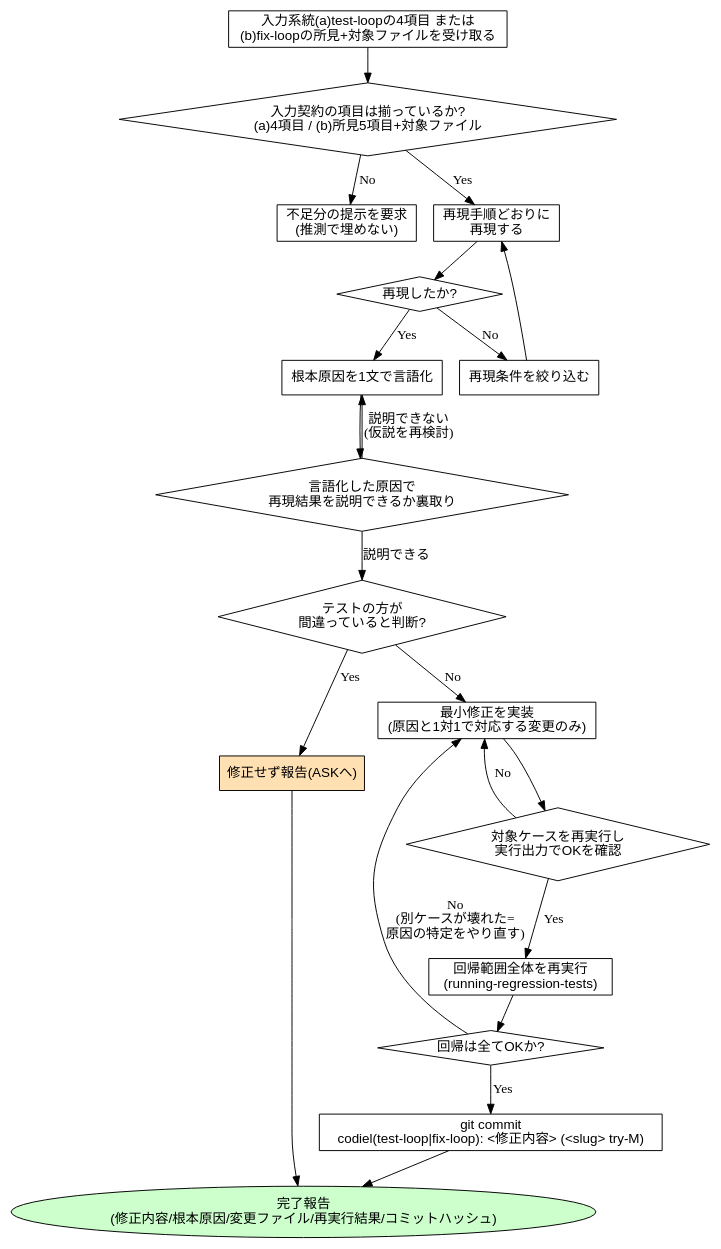
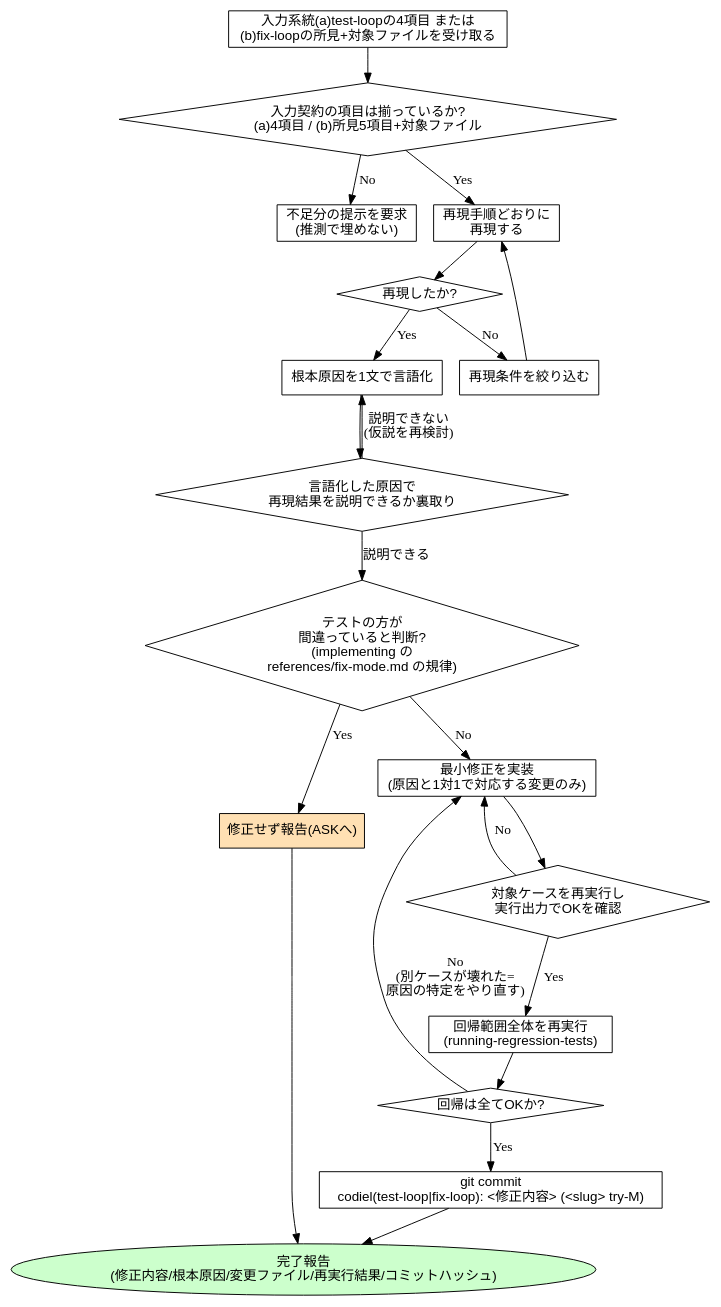
One commit to Amatsuka-kobo/amatsuka-claude-plugins changed the ninth of 15 diagrams in plugins/codiel/docs/skill-flowcharts.md. Above: the diagram before and after it, drawn with Graphviz. The commit also changed other lines of this file and 8 other files, not shown here.

````diff
--- a/plugins/codiel/docs/skill-flowcharts.md
+++ b/plugins/codiel/docs/skill-flowcharts.md
@@ -334,55 +334,55 @@
 ```dot
 digraph fixing_failures {
   rankdir=TB;
   node [fontname="sans-serif"];
 
   receive [label="入力系統(a)test-loopの4項目 または\n(b)fix-loopの所見+対象ファイルを受け取る", shape=box];
   complete_input [label="入力契約の項目は揃っているか?\n(a)4項目 / (b)所見5項目+対象ファイル", shape=diamond];
   request_more [label="不足分の提示を要求\n(推測で埋めない)", shape=box];
 
   reproduce [label="再現手順どおりに\n再現する", shape=box];
   reproduced [label="再現したか?", shape=diamond];
   narrow [label="再現条件を絞り込む", shape=box];
 
   hypothesize [label="根本原因を1文で言語化", shape=box];
   verify_cause [label="言語化した原因で\n再現結果を説明できるか裏取り", shape=diamond];
 
-  spec_wrong [label="テストの方が\n間違っていると判断?", shape=diamond];
+  spec_wrong [label="テストの方が\n間違っていると判断?\n(implementing の\nreferences/fix-mode.md の規律)", shape=diamond];
   escalate [label="修正せず報告(ASKへ)", shape=box, style=filled, fillcolor="#ffe0b3"];
 
   minimal_fix [label="最小修正を実装\n(原因と1対1で対応する変更のみ)", shape=box];
   verify_target [label="対象ケースを再実行し\n実行出力でOKを確認", shape=diamond];
   regress_all [label="回帰範囲全体を再実行\n(running-regression-tests)", shape=box];
   regress_ok [label="回帰は全てOKか?", shape=diamond];
 
   commit [label="git commit\ncodiel(test-loop|fix-loop): <修正内容> (<slug> try-M)", shape=box];
   report [label="完了報告\n(修正内容/根本原因/変更ファイル/再実行結果/コミットハッシュ)", shape=ellipse, style=filled, fillcolor="#ccffcc"];
 
   receive -> complete_input;
   complete_input -> request_more [label="No"];
   complete_input -> reproduce [label="Yes"];
 
   reproduce -> reproduced;
   reproduced -> narrow [label="No"];
   narrow -> reproduce;
   reproduced -> hypothesize [label="Yes"];
 
   hypothesize -> verify_cause;
   verify_cause -> hypothesize [label="説明できない\n(仮説を再検討)"];
   verify_cause -> spec_wrong [label="説明できる"];
 
   spec_wrong -> escalate [label="Yes"];
   spec_wrong -> minimal_fix [label="No"];
 
   minimal_fix -> verify_target;
   verify_target -> minimal_fix [label="No"];
   verify_target -> regress_all [label="Yes"];
 
   regress_all -> regress_ok;
   regress_ok -> minimal_fix [label="No\n(別ケースが壊れた=\n原因の特定をやり直す)"];
   regress_ok -> commit [label="Yes"];
 
   commit -> report;
   escalate -> report;
 }
 ```
````
